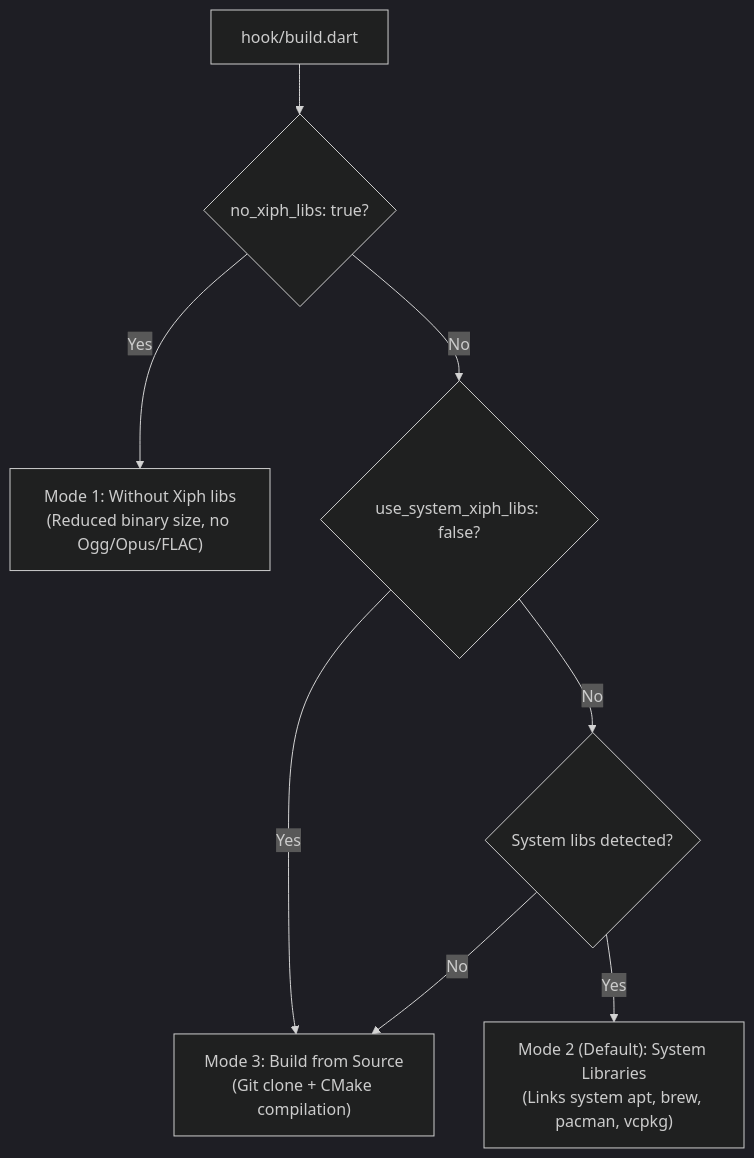
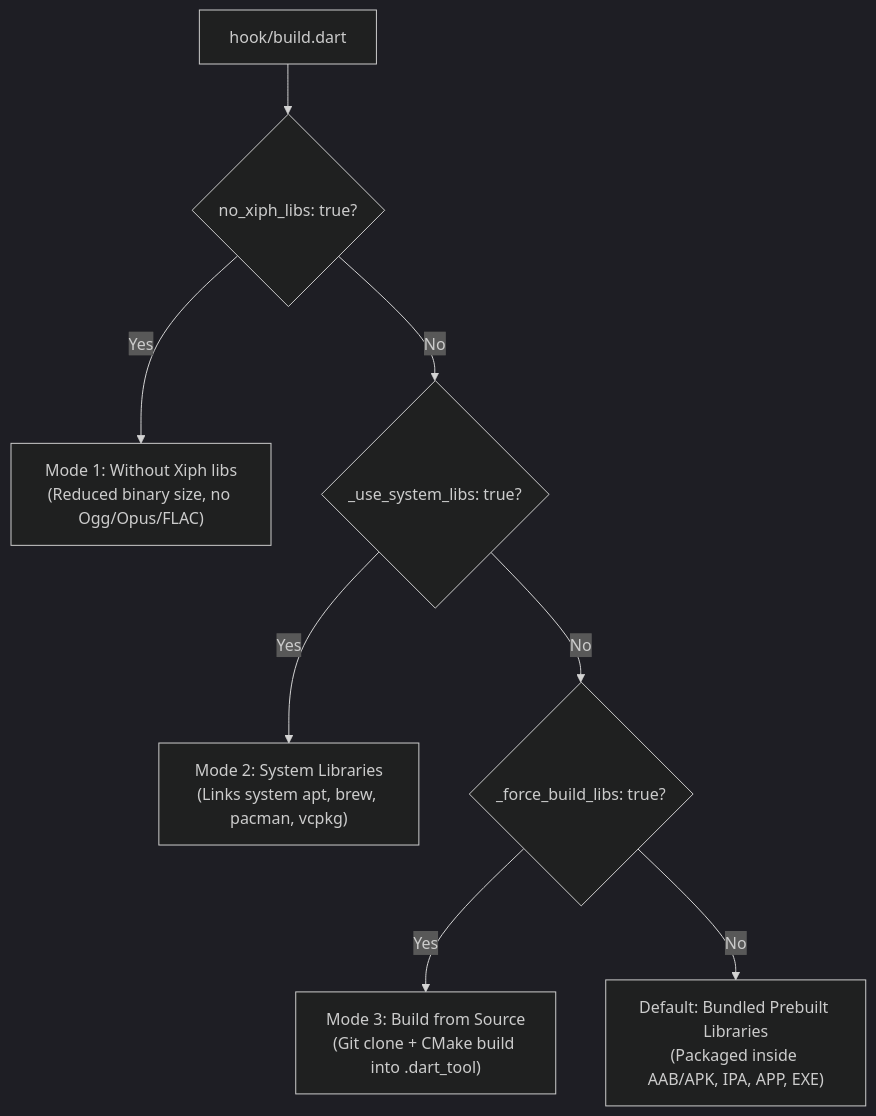
Before and after one commit to alnitak/flutter_soloud_docs: the diagram in docs/get_started/xiph_libs.mdx, drawn with Mermaid (dark theme). The commit also changed other lines of this file, not shown here.

Commit message:
update docs to add the `use_system_xiph_libs` user define

````diff
--- a/docs/get_started/xiph_libs.mdx
+++ b/docs/get_started/xiph_libs.mdx
@@ -12,10 +12,10 @@
 ```mermaid
 flowchart TD
     A["hook/build.dart"] --> B{"no_xiph_libs: true?"}
     B -- Yes --> C["Mode 1: Without Xiph libs<br/>(Reduced binary size, no Ogg/Opus/FLAC)"]
-    B -- No --> D{"use_system_xiph_libs: false?"}
-    D -- Yes --> F["Mode 3: Build from Source<br/>(Git clone + CMake compilation)"]
-    D -- No --> E{"System libs detected?"}
-    E -- Yes --> G["Mode 2 (Default): System Libraries<br/>(Links system apt, brew, pacman, vcpkg)"]
-    E -- No --> F
+    B -- No --> D{"<platform>_use_system_libs: true?"}
+    D -- Yes --> E["Mode 2: System Libraries<br/>(Links system apt, brew, pacman, vcpkg)"]
+    D -- No --> F{"<platform>_force_build_libs: true?"}
+    F -- Yes --> G["Mode 3: Build from Source<br/>(Git clone + CMake build into .dart_tool)"]
+    F -- No --> H["Default: Bundled Prebuilt Libraries<br/>(Packaged inside AAB/APK, IPA, APP, EXE)"]
 ```
````
